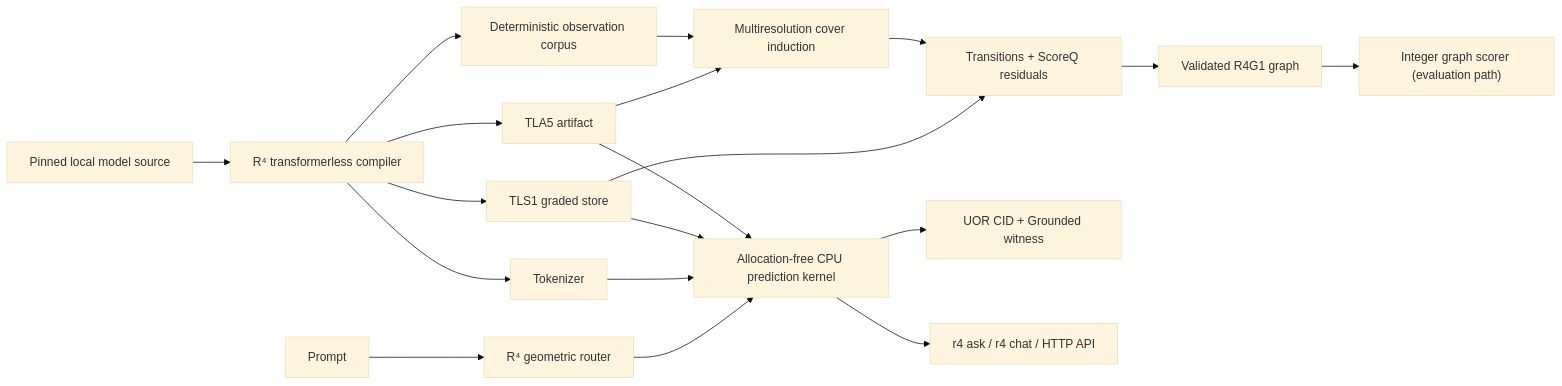
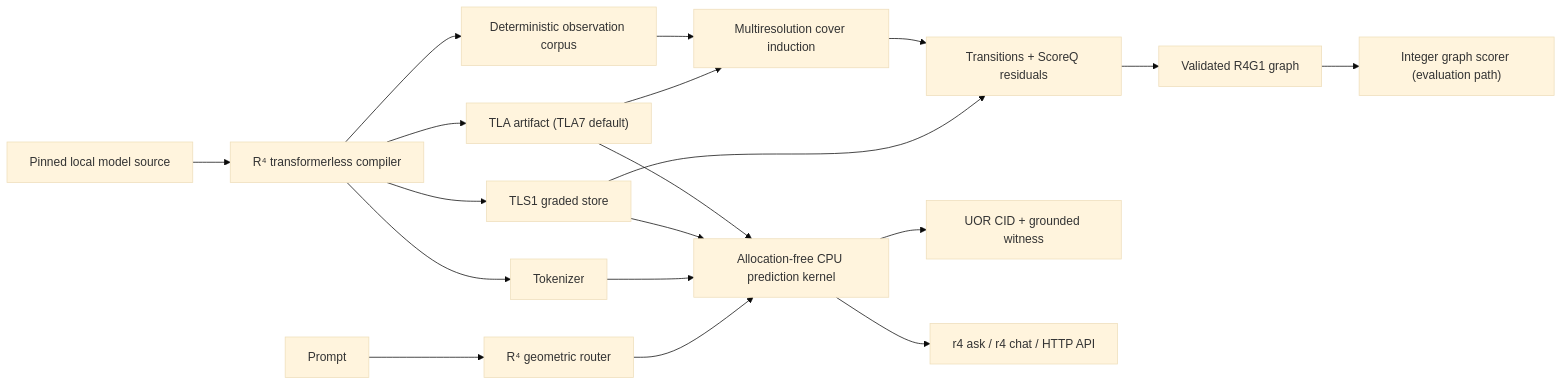
One commit to Casey-allard/uor-r4 changed the diagram in pkg/README.md. Above: the diagram before and after it, drawn with Mermaid (base theme). The commit also changed other lines of this file and 4 other files, not shown here.

````diff
--- a/pkg/README.md
+++ b/pkg/README.md
@@ -699,21 +184,21 @@
 ```mermaid
 flowchart LR
     Source["Pinned local model source"] --> Compiler["R⁴ transformerless compiler"]
     Compiler --> Corpus["Deterministic observation corpus"]
-    Compiler --> Artifact["TLA5 artifact"]
+    Compiler --> Artifact["TLA artifact (TLA7 default)"]
     Compiler --> Store["TLS1 graded store"]
     Compiler --> Tokenizer["Tokenizer"]
     Corpus --> Cover["Multiresolution cover induction"]
     Artifact --> Cover
     Cover --> Score["Transitions + ScoreQ residuals"]
     Store --> Score
     Score --> Graph["Validated R4G1 graph"]
     Graph --> GraphRuntime["Integer graph scorer (evaluation path)"]
     Artifact --> Runtime["Allocation-free CPU prediction kernel"]
     Store --> Runtime
     Tokenizer --> Runtime
     Prompt["Prompt"] --> Router["R⁴ geometric router"]
     Router --> Runtime
-    Runtime --> Witness["UOR CID + Grounded witness"]
+    Runtime --> Witness["UOR CID + grounded witness"]
     Runtime --> Apps["r4 ask / r4 chat / HTTP API"]
 ```
````
